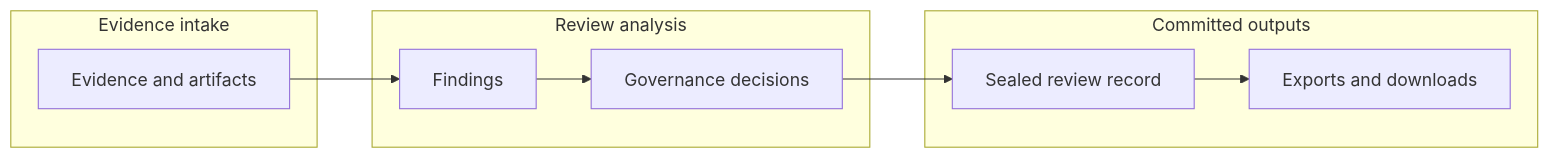
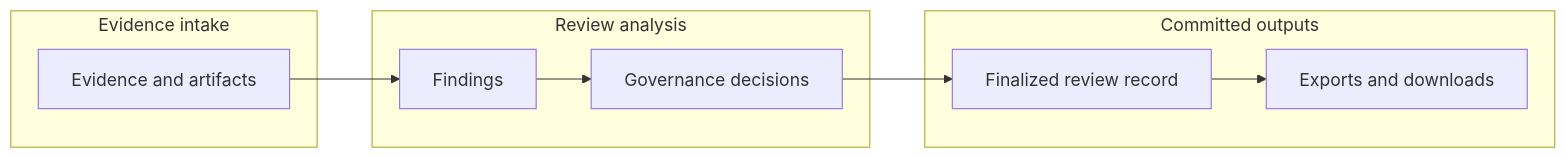
The diagram in docs/library/customer-facing/EVIDENCE_TRAIL_OPERATOR_GUIDE.md (joefrancisGA/ArchLucid), drawn with Mermaid before and after one commit. The commit also changed 43 other files, not shown here.

Commit message:
Simplify UI copy: canonical finalized review record sweep (batch 27).

````diff
--- a/docs/library/customer-facing/EVIDENCE_TRAIL_OPERATOR_GUIDE.md
+++ b/docs/library/customer-facing/EVIDENCE_TRAIL_OPERATOR_GUIDE.md
@@ -20,21 +20,21 @@
 ```mermaid
 flowchart LR
   subgraph intake [Evidence intake]
     EV[Evidence and artifacts]
   end
 
   subgraph analysis [Review analysis]
     FD[Findings]
     GV[Governance decisions]
   end
 
   subgraph outputs [Committed outputs]
-    SR[Sealed review record]
+    SR[Finalized review record]
     PKG[Exports and downloads]
   end
 
   EV --> FD
   FD --> GV
   GV --> SR
   SR --> PKG
 ```
````
